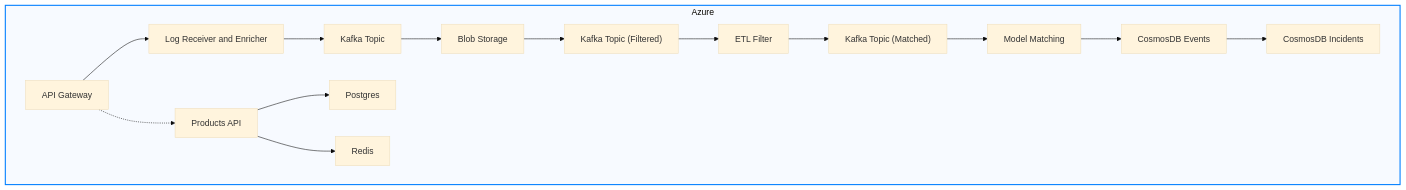
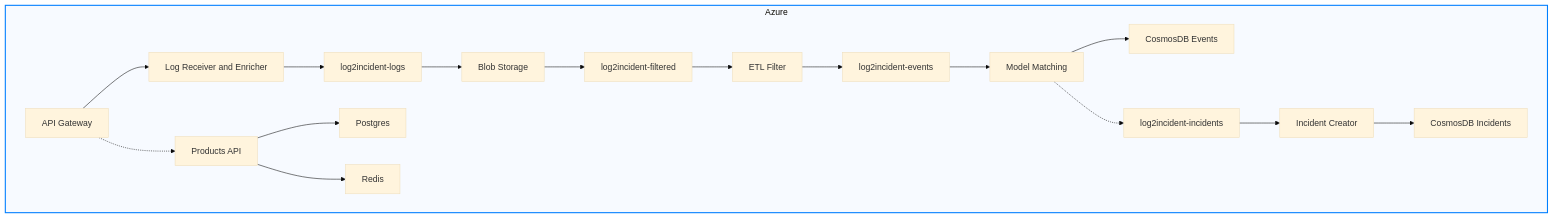
One commit to AgnesYYQ/log2incident changed the second of 2 diagrams in README.md. Above: the diagram before and after it, drawn with Mermaid (base theme). The commit also changed other lines of this file and 9 other files, not shown here.

First line of the commit message:
fix: align IaC topic names, add Helm templates & KafkaUsers, close event pipeline gap

````diff
--- a/README.md
+++ b/README.md
@@ -43,19 +45,21 @@
 ```mermaid
 flowchart TD
   subgraph Azure
     Z1[API Gateway] --> Z2[Log Receiver and Enricher]
-    Z2 --> K1[Kafka Topic]
+    Z2 --> K1[log2incident-logs]
     K1 --> Y2[Blob Storage]
-    Y2 --> K2["Kafka Topic (Filtered)"]
+    Y2 --> K2[log2incident-filtered]
     K2 --> Y3[ETL Filter]
-    Y3 --> K3["Kafka Topic (Matched)"]
+    Y3 --> K3[log2incident-events]
     K3 --> X1[Model Matching]
     X1 --> CDB1[CosmosDB Events]
-    CDB1 --> CDB2[CosmosDB Incidents]
+    X1 -.-> K4[log2incident-incidents]
+    K4 --> IC[Incident Creator]
+    IC --> CDB2[CosmosDB Incidents]
     Z1 -.-> W1[Products API]
     W1 --> W2[Postgres]
     W1 --> W3[Redis]
   end
   style Azure fill:#f7faff,stroke:#007fff,stroke-width:2px
   classDef azure fill:#f7faff,stroke:#007fff,stroke-width:2px;
 ```
````
